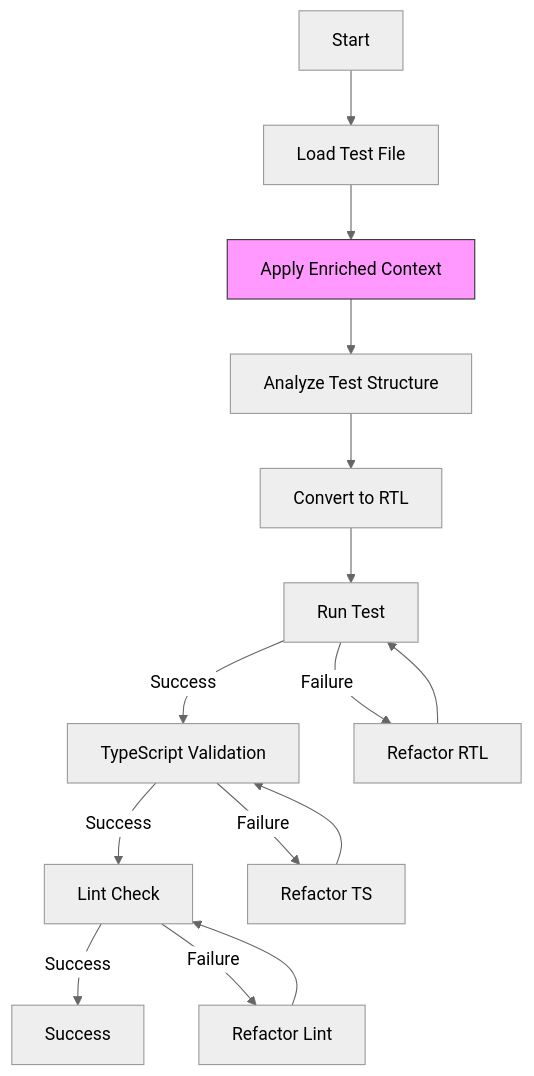
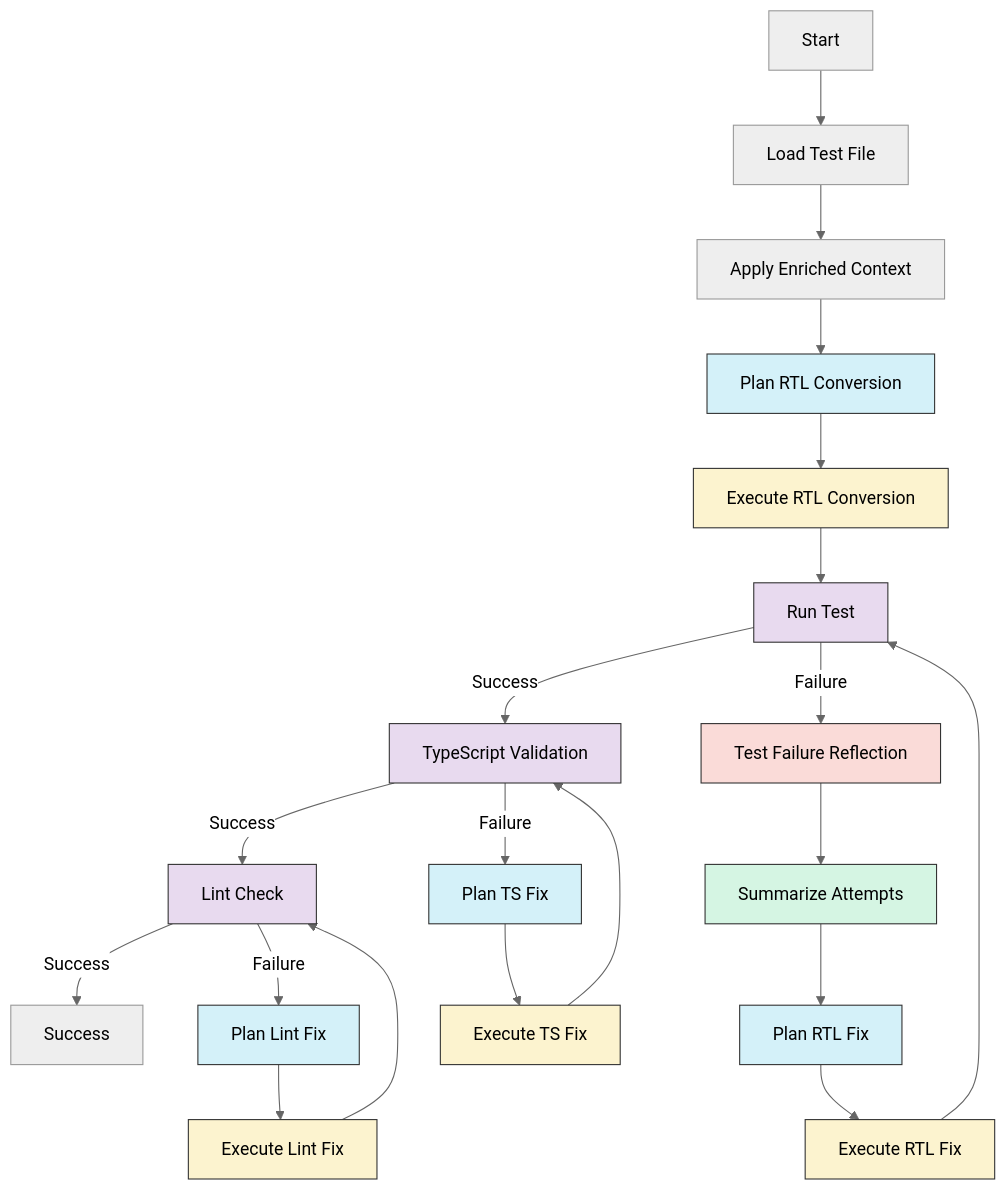
One commit to Rolilink/unshallow changed the diagram in docs/architecture/langgraph-workflow.md. Above: the diagram before and after it, drawn with Mermaid (neutral theme). The commit also changed other lines of this file and 18 other files, not shown here.

````diff
--- a/docs/architecture/langgraph-workflow.md
+++ b/docs/architecture/langgraph-workflow.md
@@ -9,26 +9,39 @@
 ```mermaid
 graph TD
     Start[Start] --> LoadTestFile[Load Test File]
     LoadTestFile --> ApplyContext[Apply Enriched Context]
-    ApplyContext --> AnalyzeTest[Analyze Test Structure]
-    AnalyzeTest --> ConvertToRTL[Convert to RTL]
-    ConvertToRTL --> RunTest[Run Test]
+    ApplyContext --> PlanRTLConversion[Plan RTL Conversion]
+    PlanRTLConversion --> ExecuteRTLConversion[Execute RTL Conversion]
+    ExecuteRTLConversion --> RunTest[Run Test]
 
     RunTest -->|Success| ValidateTS[TypeScript Validation]
-    RunTest -->|Failure| RefactorRTL[Refactor RTL]
+    RunTest -->|Failure| ReflectionNode[Test Failure Reflection]
 
-    RefactorRTL --> RunTest
+    ReflectionNode --> SummarizeAttempts[Summarize Attempts]
+    SummarizeAttempts --> PlanRTLFix[Plan RTL Fix]
+    PlanRTLFix --> ExecuteRTLFix[Execute RTL Fix]
+    ExecuteRTLFix --> RunTest
 
     ValidateTS -->|Success| LintCheck[Lint Check]
-    ValidateTS -->|Failure| RefactorTS[Refactor TS]
+    ValidateTS -->|Failure| PlanTSFix[Plan TS Fix]
 
-    RefactorTS --> ValidateTS
+    PlanTSFix --> ExecuteTSFix[Execute TS Fix]
+    ExecuteTSFix --> ValidateTS
 
     LintCheck -->|Success| Success[Success]
-    LintCheck -->|Failure| RefactorLint[Refactor Lint]
+    LintCheck -->|Failure| PlanLintFix[Plan Lint Fix]
 
-    RefactorLint --> LintCheck
+    PlanLintFix --> ExecuteLintFix[Execute Lint Fix]
+    ExecuteLintFix --> LintCheck
 
-    classDef contextNode fill:#f9f,stroke:#333;
-    class ApplyContext contextNode;
+    classDef planNode fill:#d4f1f9,stroke:#333;
+    classDef executeNode fill:#fcf3cf,stroke:#333;
+    classDef reflectionNode fill:#fadbd8,stroke:#333;
+    classDef summaryNode fill:#d5f5e3,stroke:#333;
+    classDef validationNode fill:#e8daef,stroke:#333;
+    class PlanRTLConversion,PlanRTLFix,PlanTSFix,PlanLintFix planNode;
+    class ExecuteRTLConversion,ExecuteRTLFix,ExecuteTSFix,ExecuteLintFix executeNode;
+    class ReflectionNode reflectionNode;
+    class SummarizeAttempts summaryNode;
+    class RunTest,ValidateTS,LintCheck validationNode;
 ```
````
